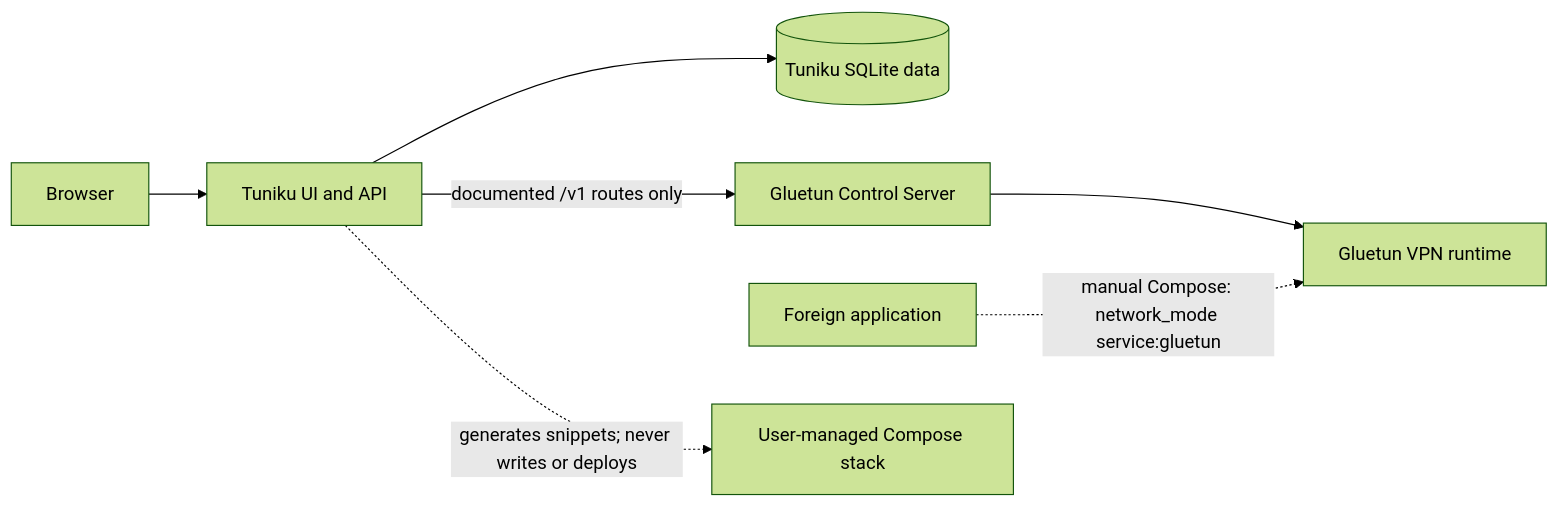
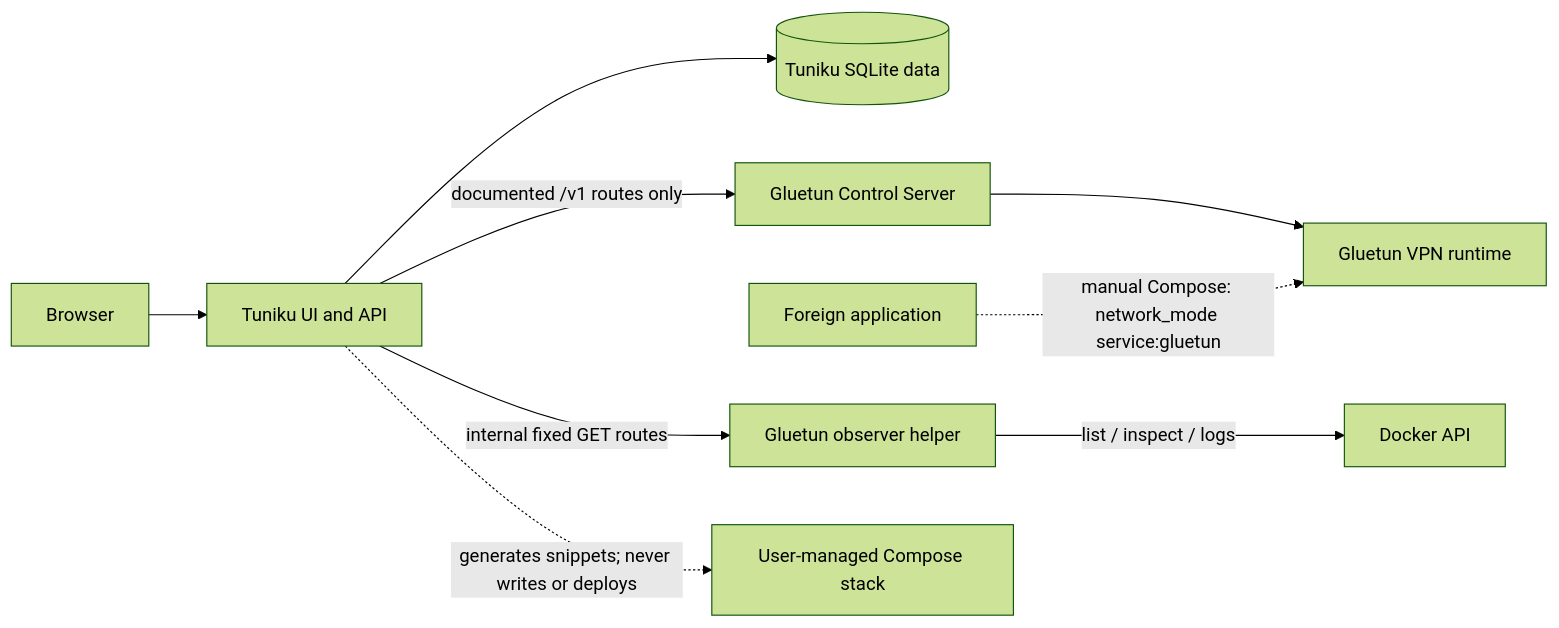
Before and after one commit to MaroIshiku/tuniku: the diagram in README.md, drawn with Mermaid (forest theme). The commit also changed other lines of this file and 21 other files, not shown here.

````diff
--- a/README.md
+++ b/README.md
@@ -78,9 +82,11 @@
 ```mermaid
 flowchart LR
     B["Browser"] --> T["Tuniku UI and API"]
     T --> D[("Tuniku SQLite data")]
     T -->|"documented /v1 routes only"| G["Gluetun Control Server"]
+    T -->|"internal fixed GET routes"| O["Gluetun observer helper"]
+    O -->|"list / inspect / logs"| X["Docker API"]
     G --> V["Gluetun VPN runtime"]
     A["Foreign application"] -. "manual Compose: network_mode service:gluetun" .-> V
     T -. "generates snippets; never writes or deploys" .-> C["User-managed Compose stack"]
 ```
````
